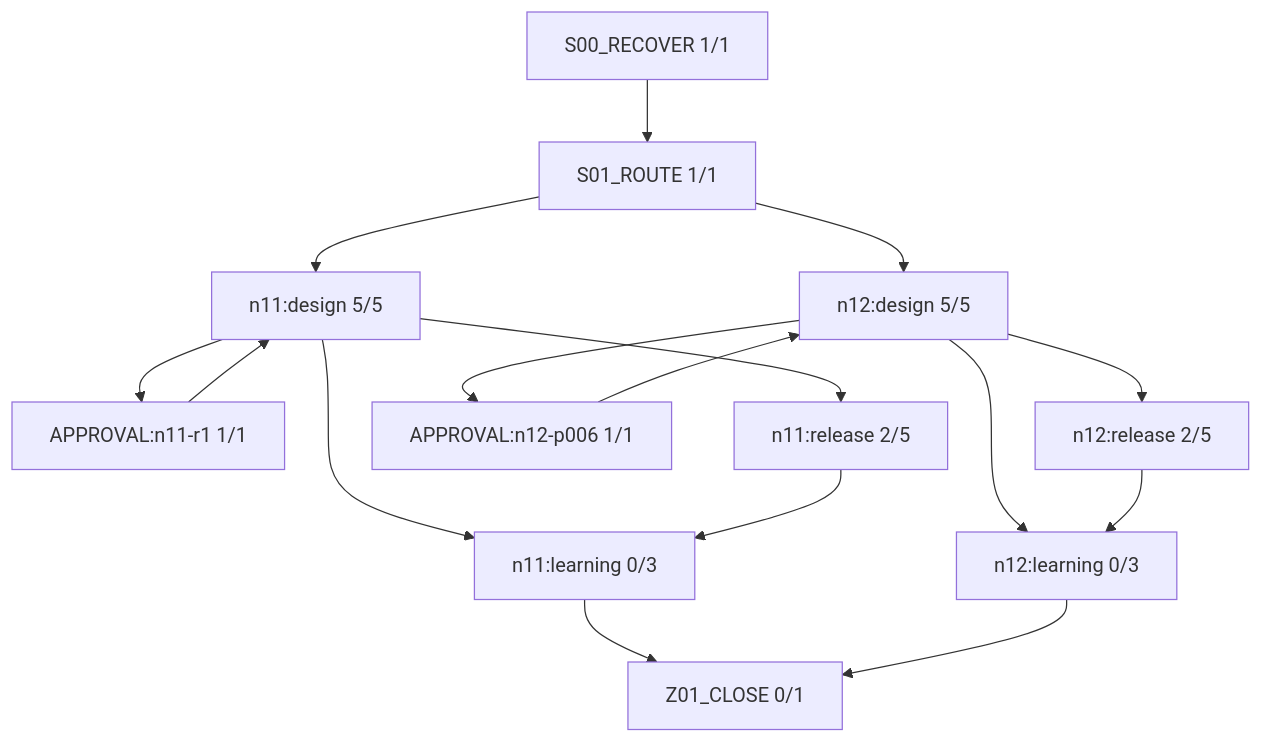
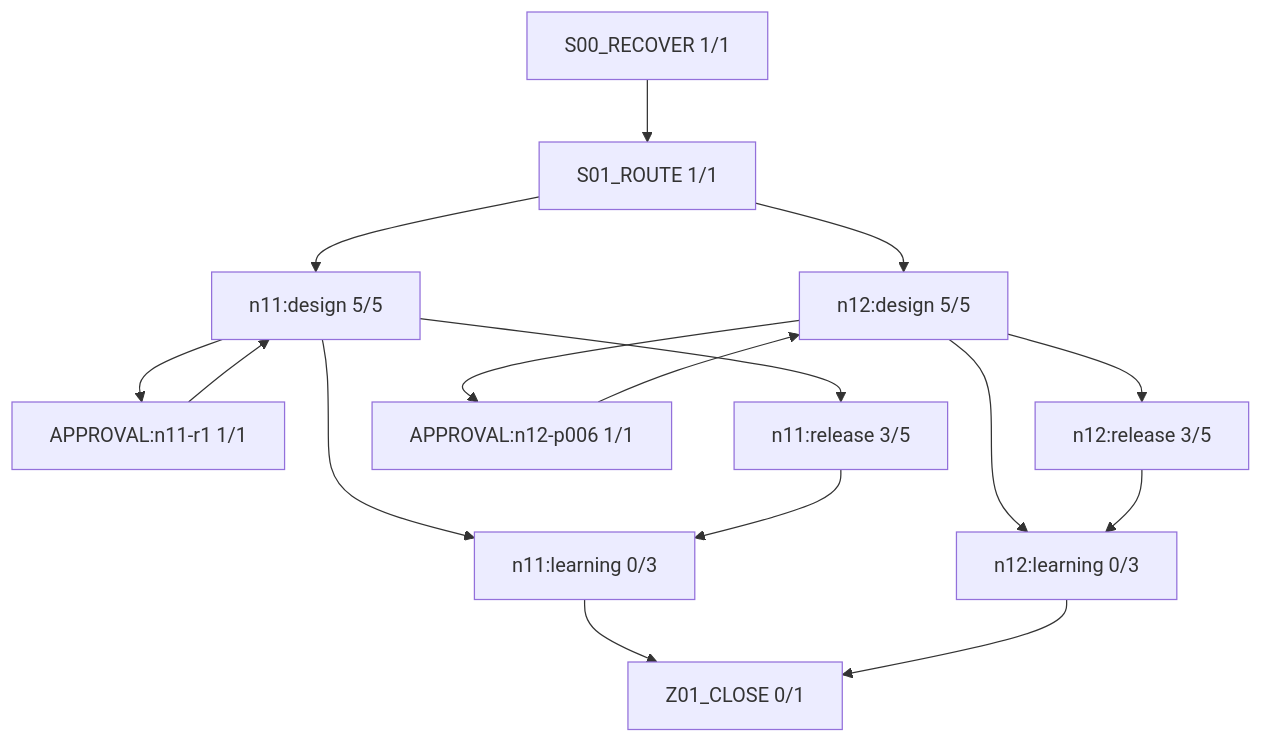
The diagram in work/items/W-MATH-047-n1112-guided-review/generated/FIRE_DIAGRAM.md (rrikunagasige-dot/kyotsu-step-web), drawn with Mermaid before and after one commit. The commit also changed other lines of this file and 34 other files, not shown here.

````diff
--- a/work/items/W-MATH-047-n1112-guided-review/generated/FIRE_DIAGRAM.md
+++ b/work/items/W-MATH-047-n1112-guided-review/generated/FIRE_DIAGRAM.md
@@ -5,29 +5,29 @@
 ```mermaid
 flowchart TD
   N0["S00_RECOVER 1/1"]
   N1["S01_ROUTE 1/1"]
   N2["n11:design 5/5"]
   N3["APPROVAL:n11-r1 1/1"]
-  N4["n11:release 2/5"]
+  N4["n11:release 3/5"]
   N5["n12:design 5/5"]
   N6["APPROVAL:n12-p006 1/1"]
-  N7["n12:release 2/5"]
+  N7["n12:release 3/5"]
   N8["n11:learning 0/3"]
   N9["n12:learning 0/3"]
   N10["Z01_CLOSE 0/1"]
   N3 --> N2
   N6 --> N5
   N0 --> N1
   N1 --> N2
   N1 --> N5
   N2 --> N3
   N2 --> N8
   N2 --> N4
   N8 --> N10
   N4 --> N8
   N5 --> N6
   N5 --> N9
   N5 --> N7
   N9 --> N10
   N7 --> N9
 ```
````
